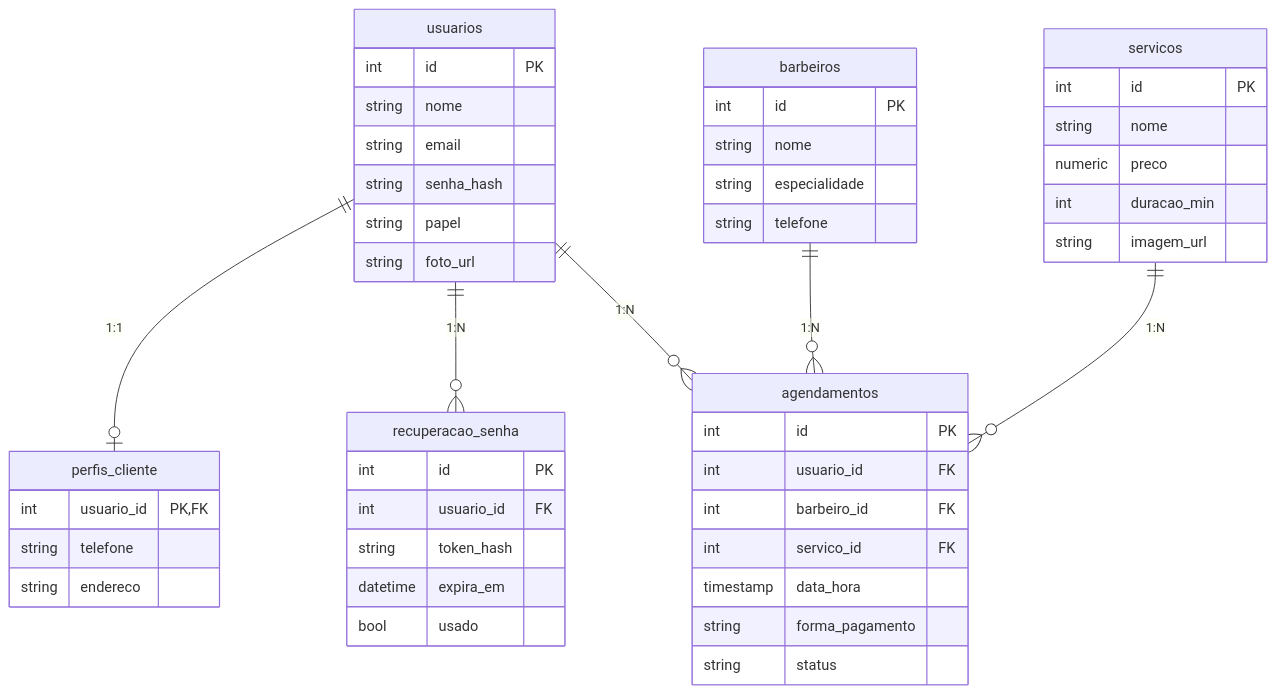
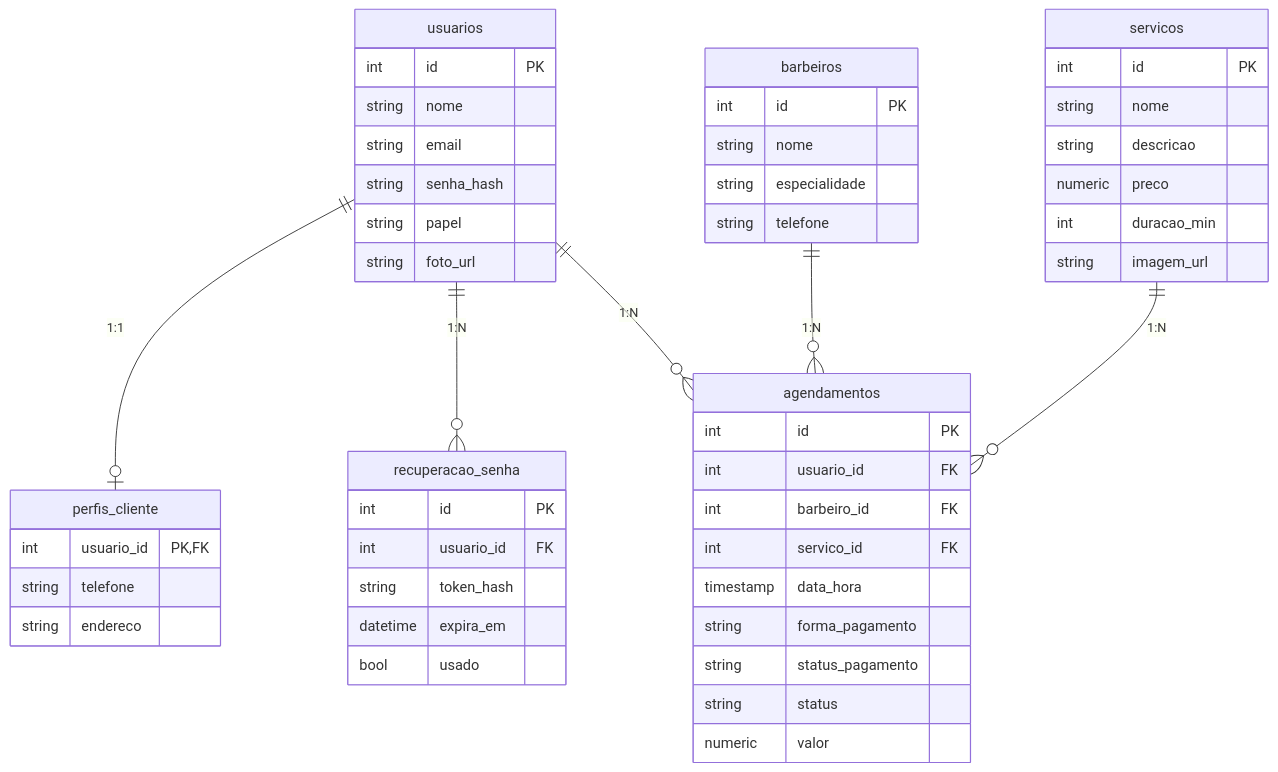
Before and after one commit to irytzu/Eduardo_BarberShop4bim: the diagram in README.md, drawn with Mermaid. The commit also changed other lines of this file, not shown here.

````diff
--- a/README.md
+++ b/README.md
@@ -36,14 +47,53 @@
 ```mermaid
 erDiagram
   usuarios ||--o| perfis_cliente : "1:1"
   usuarios ||--o{ recuperacao_senha : "1:N"
   usuarios ||--o{ agendamentos : "1:N"
   barbeiros ||--o{ agendamentos : "1:N"
   servicos ||--o{ agendamentos : "1:N"
-  recuperacao_senha { int id PK  int usuario_id FK  string token_hash  datetime expira_em  bool usado }
-  usuarios { int id PK  string nome  string email  string senha_hash  string papel  string foto_url }
-  perfis_cliente { int usuario_id PK,FK  string telefone  string endereco }
-  barbeiros { int id PK  string nome  string especialidade  string telefone }
-  servicos { int id PK  string nome  numeric preco  int duracao_min  string imagem_url }
-  agendamentos { int id PK  int usuario_id FK  int barbeiro_id FK  int servico_id FK  timestamp data_hora  string forma_pagamento  string status }
+  usuarios {
+    int id PK
+    string nome
+    string email
+    string senha_hash
+    string papel
+    string foto_url
+  }
+  perfis_cliente {
+    int usuario_id PK,FK
+    string telefone
+    string endereco
+  }
+  recuperacao_senha {
+    int id PK
+    int usuario_id FK
+    string token_hash
+    datetime expira_em
+    bool usado
+  }
+  barbeiros {
+    int id PK
+    string nome
+    string especialidade
+    string telefone
+  }
+  servicos {
+    int id PK
+    string nome
+    string descricao
+    numeric preco
+    int duracao_min
+    string imagem_url
+  }
+  agendamentos {
+    int id PK
+    int usuario_id FK
+    int barbeiro_id FK
+    int servico_id FK
+    timestamp data_hora
+    string forma_pagamento
+    string status_pagamento
+    string status
+    numeric valor
+  }
 ```
````
